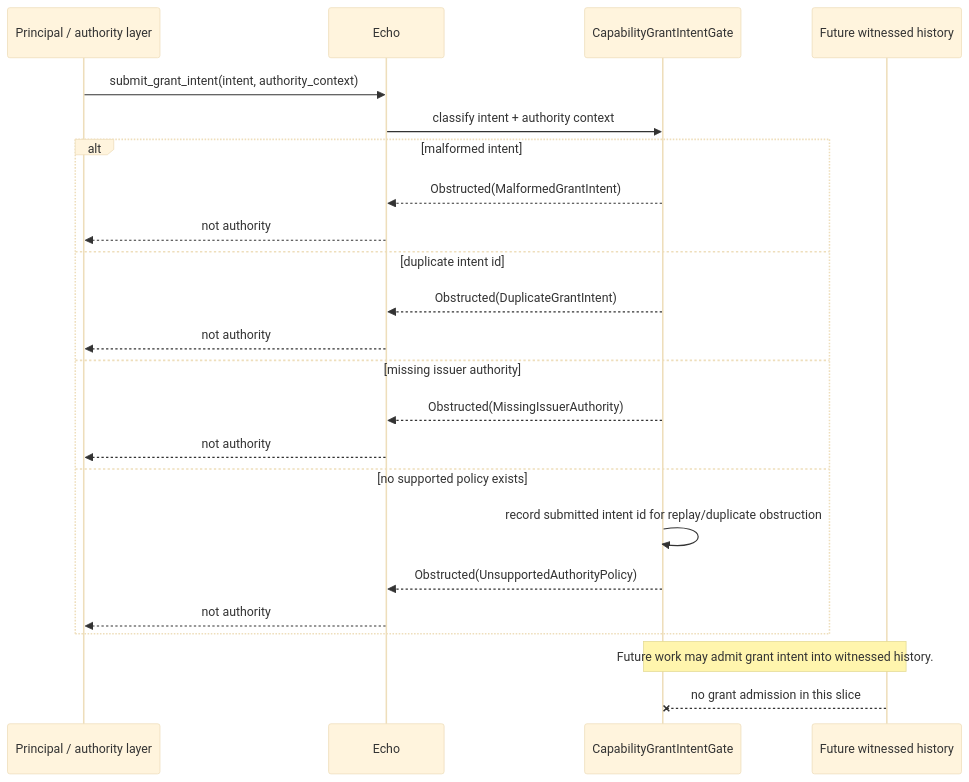
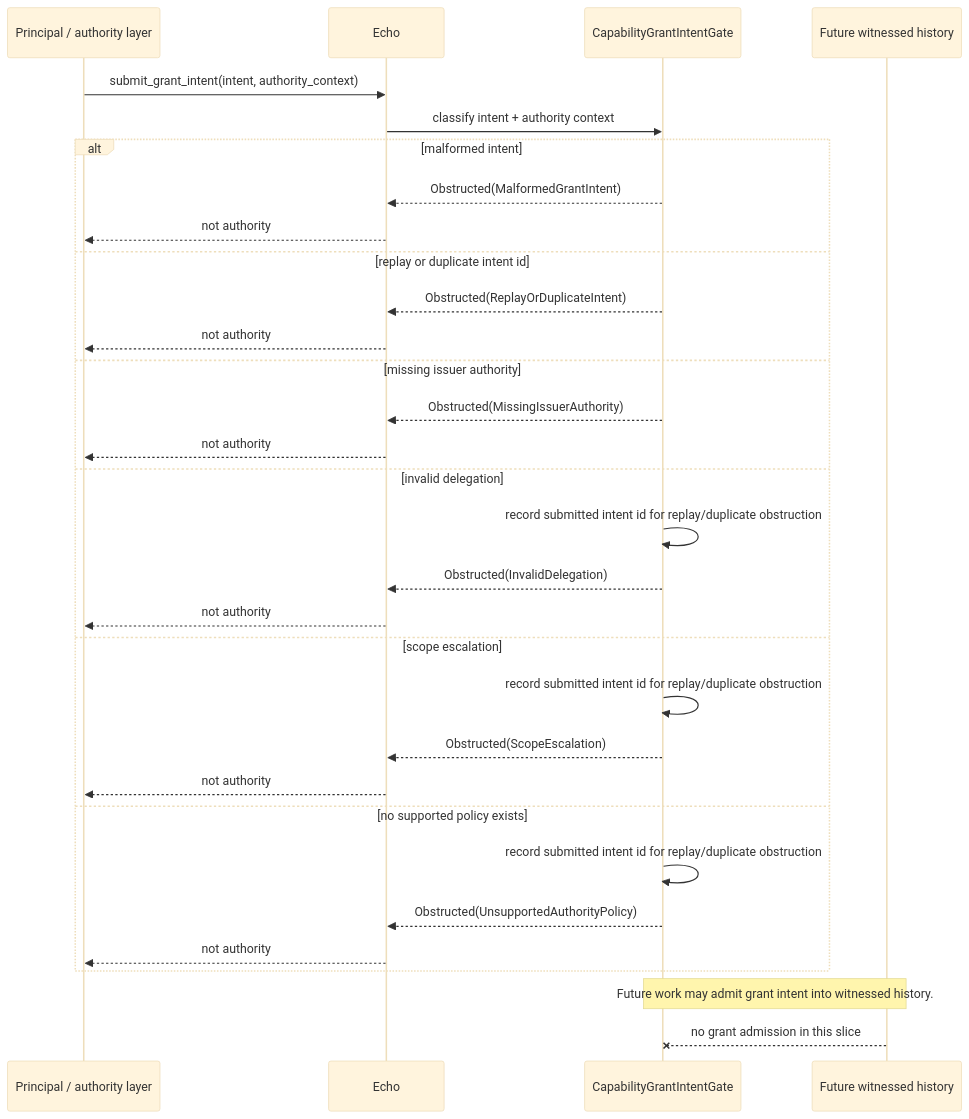
One commit to flyingrobots/echo changed the second of 5 diagrams in docs/design/optic-capability-grant-registry.md. Above: the diagram before and after it, drawn with Mermaid (base theme). The commit also changed other lines of this file and 4 other files, not shown here.

Commit message:
feat(core): add authority policy obstruction vocabulary

````diff
--- a/docs/design/optic-capability-grant-registry.md
+++ b/docs/design/optic-capability-grant-registry.md
@@ -82,27 +83,35 @@
 ```mermaid
 sequenceDiagram
   participant P as Principal / authority layer
   participant E as Echo
   participant G as CapabilityGrantIntentGate
   participant H as Future witnessed history
 
   P->>E: submit_grant_intent(intent, authority_context)
   E->>G: classify intent + authority context
   alt malformed intent
     G-->>E: Obstructed(MalformedGrantIntent)
     E-->>P: not authority
-  else duplicate intent id
-    G-->>E: Obstructed(DuplicateGrantIntent)
+  else replay or duplicate intent id
+    G-->>E: Obstructed(ReplayOrDuplicateIntent)
     E-->>P: not authority
   else missing issuer authority
     G-->>E: Obstructed(MissingIssuerAuthority)
+    E-->>P: not authority
+  else invalid delegation
+    G->>G: record submitted intent id for replay/duplicate obstruction
+    G-->>E: Obstructed(InvalidDelegation)
+    E-->>P: not authority
+  else scope escalation
+    G->>G: record submitted intent id for replay/duplicate obstruction
+    G-->>E: Obstructed(ScopeEscalation)
     E-->>P: not authority
   else no supported policy exists
     G->>G: record submitted intent id for replay/duplicate obstruction
     G-->>E: Obstructed(UnsupportedAuthorityPolicy)
     E-->>P: not authority
   end
 
   Note over G,H: Future work may admit grant intent into witnessed history.
   H--xG: no grant admission in this slice
 ```
````
